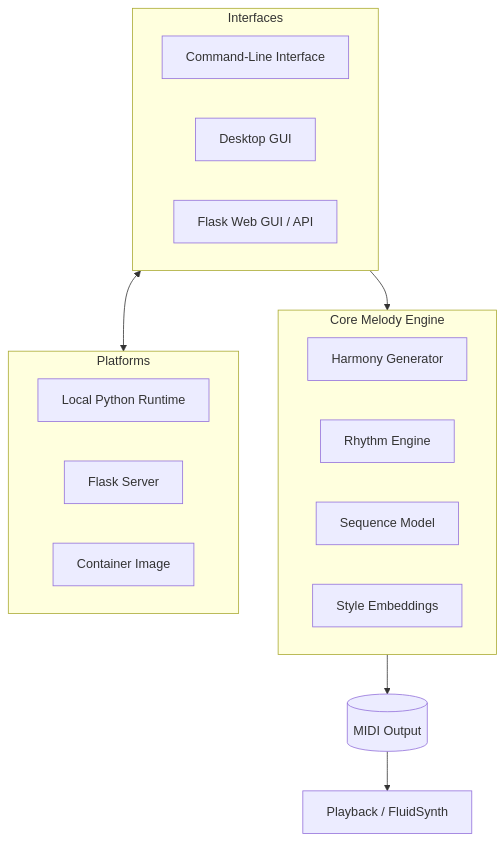
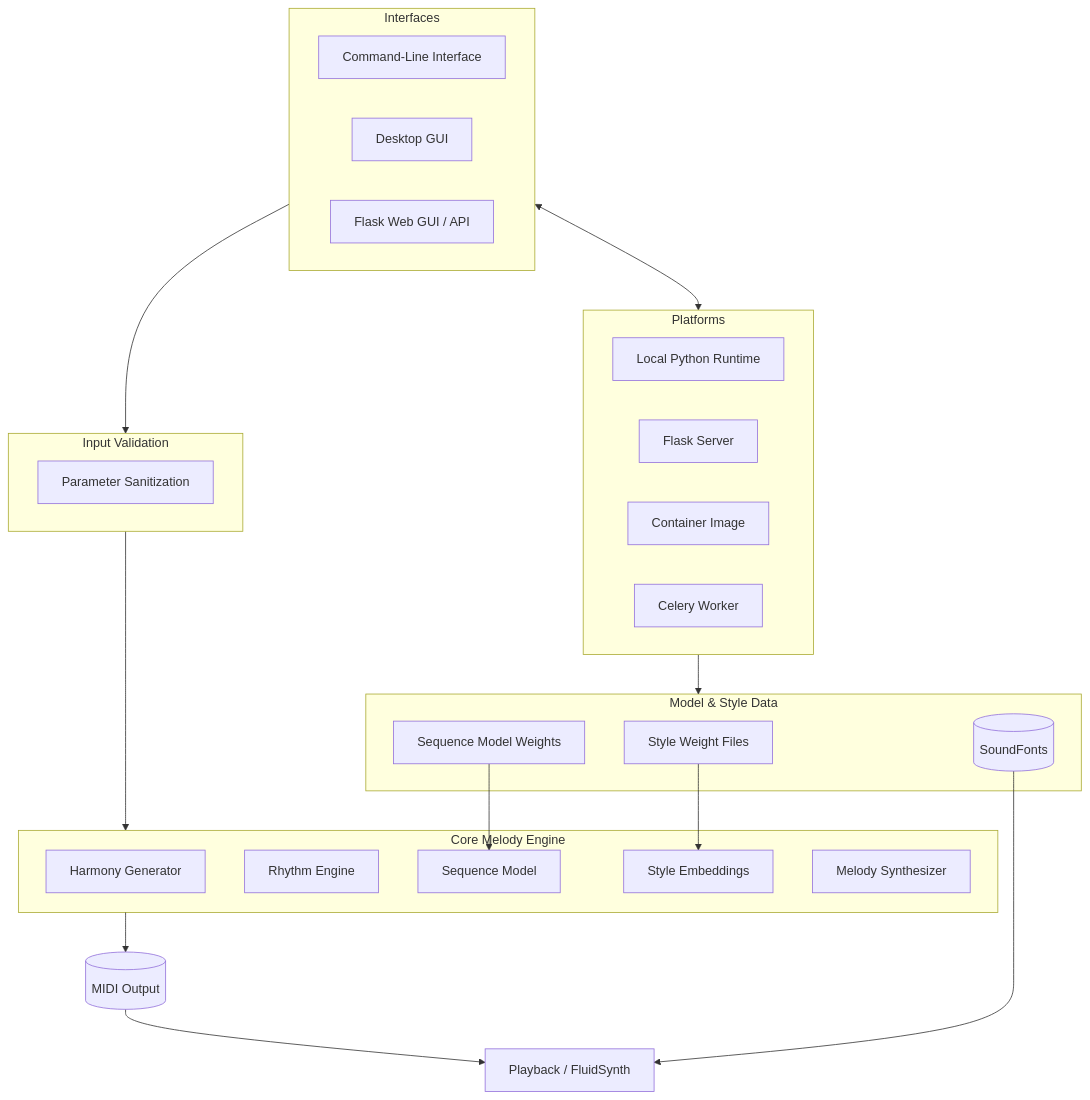
The first of 2 diagrams in docs/README_ARCHITECTURE.md (AusBoone/Melody-Generator), drawn with Mermaid before and after one commit. The commit also changed other lines of this file, not shown here.

Commit message:
docs: expand architecture overview

````diff
--- a/docs/README_ARCHITECTURE.md
+++ b/docs/README_ARCHITECTURE.md
@@ -12,27 +14,43 @@
 ```mermaid
 flowchart TB
     subgraph Interfaces
         CLI[Command-Line Interface]
         GUI[Desktop GUI]
         WebGUI[Flask Web GUI / API]
     end
 
+    subgraph Validation["Input Validation"]
+        Params[Parameter Sanitization]
+    end
+
     subgraph CoreEngine["Core Melody Engine"]
         Harmony[Harmony Generator]
         Rhythm[Rhythm Engine]
         Sequence[Sequence Model]
         Style[Style Embeddings]
+        Melody[Melody Synthesizer]
     end
 
-    Interfaces --> CoreEngine
+    subgraph Data["Model & Style Data"]
+        Styles[Style Weight Files]
+        Models[Sequence Model Weights]
+        SoundFonts[(SoundFonts)]
+    end
+
+    Interfaces --> Validation --> CoreEngine
+    Styles --> Style
+    Models --> Sequence
     CoreEngine --> MIDI[(MIDI Output)]
     MIDI --> Playback[Playback / FluidSynth]
+    SoundFonts --> Playback
 
     subgraph Platforms
         Local[Local Python Runtime]
         Server[Flask Server]
         Docker[Container Image]
+        Worker[Celery Worker]
     end
 
     Interfaces <--> Platforms
+    Platforms --> Data
 ```
````
